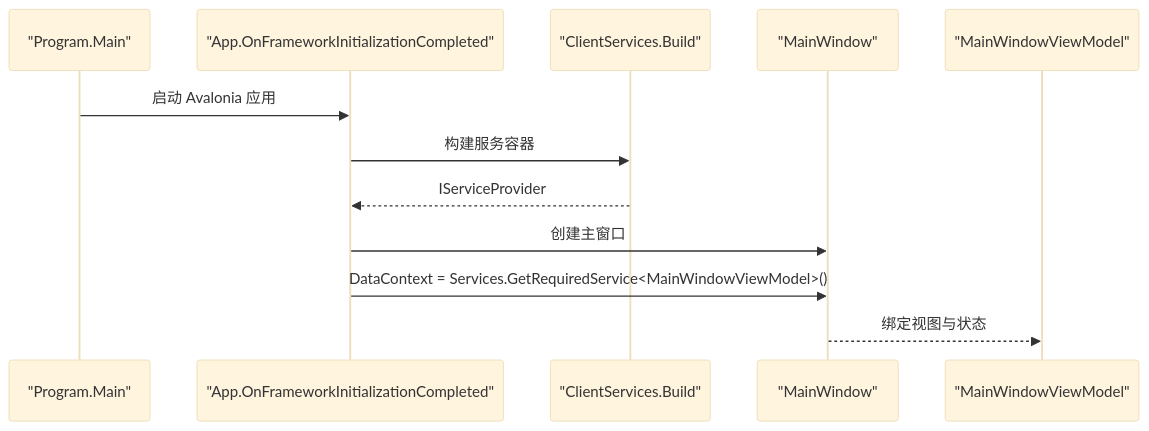
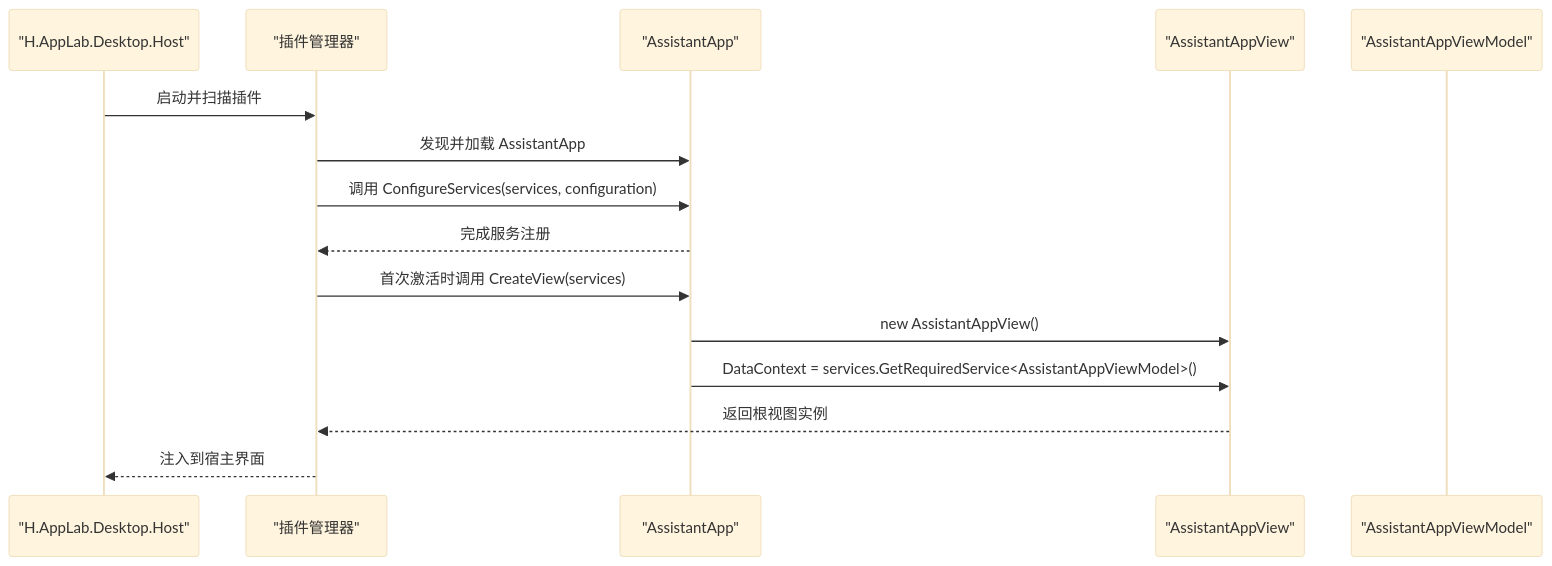
The third of 8 diagrams in .qoder/repowiki/zh/content/AI助手服务/桌面端应用/桌面端应用.md (openlowcodelab/lowcode), drawn with Mermaid (base theme) before and after one commit. The commit also changed other lines of this file and 31 other files, not shown here.

Commit message:
H.AppLab.Desktop.Host 界面调整

````diff
--- a/.qoder/repowiki/zh/content/AI助手服务/桌面端应用/桌面端应用.md
+++ b/.qoder/repowiki/zh/content/AI助手服务/桌面端应用/桌面端应用.md
@@ -154,14 +155,17 @@
 ```mermaid
 sequenceDiagram
-participant Main as "Program.Main"
-participant App as "App.OnFrameworkInitializationCompleted"
-participant Ctr as "ClientServices.Build"
-participant Win as "MainWindow"
-participant VM as "MainWindowViewModel"
-Main->>App : 启动 Avalonia 应用
-App->>Ctr : 构建服务容器
-Ctr-->>App : IServiceProvider
-App->>Win : 创建主窗口
-App->>Win : DataContext = Services.GetRequiredService<MainWindowViewModel>()
-Win-->>VM : 绑定视图与状态
+participant Host as "H.AppLab.Desktop.Host"
+participant Manager as "插件管理器"
+participant Plugin as "AssistantApp"
+participant View as "AssistantAppView"
+participant VM as "AssistantAppViewModel"
+Host->>Manager : 启动并扫描插件
+Manager->>Plugin : 发现并加载 AssistantApp
+Manager->>Plugin : 调用 ConfigureServices(services, configuration)
+Plugin-->>Manager : 完成服务注册
+Manager->>Plugin : 首次激活时调用 CreateView(services)
+Plugin->>View : new AssistantAppView()
+Plugin->>View : DataContext = services.GetRequiredService<AssistantAppViewModel>()
+View-->>Manager : 返回根视图实例
+Manager-->>Host : 注入到宿主界面
 ```
````
